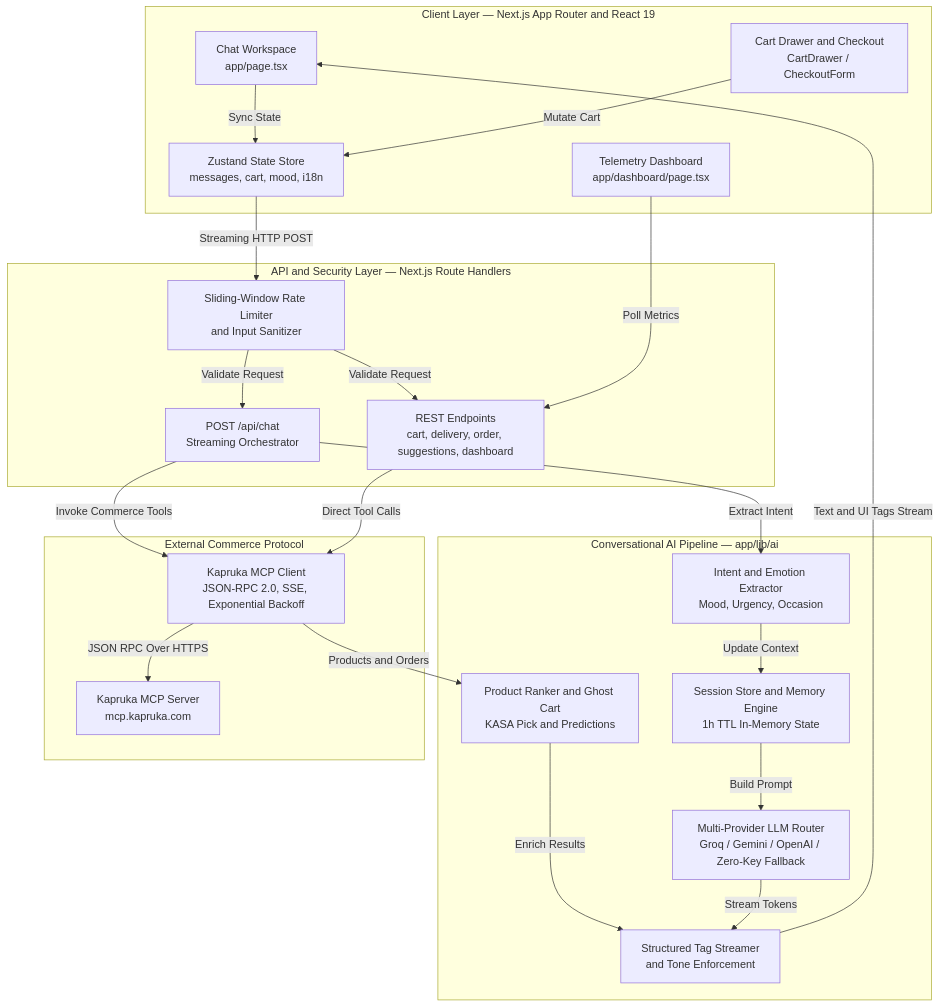
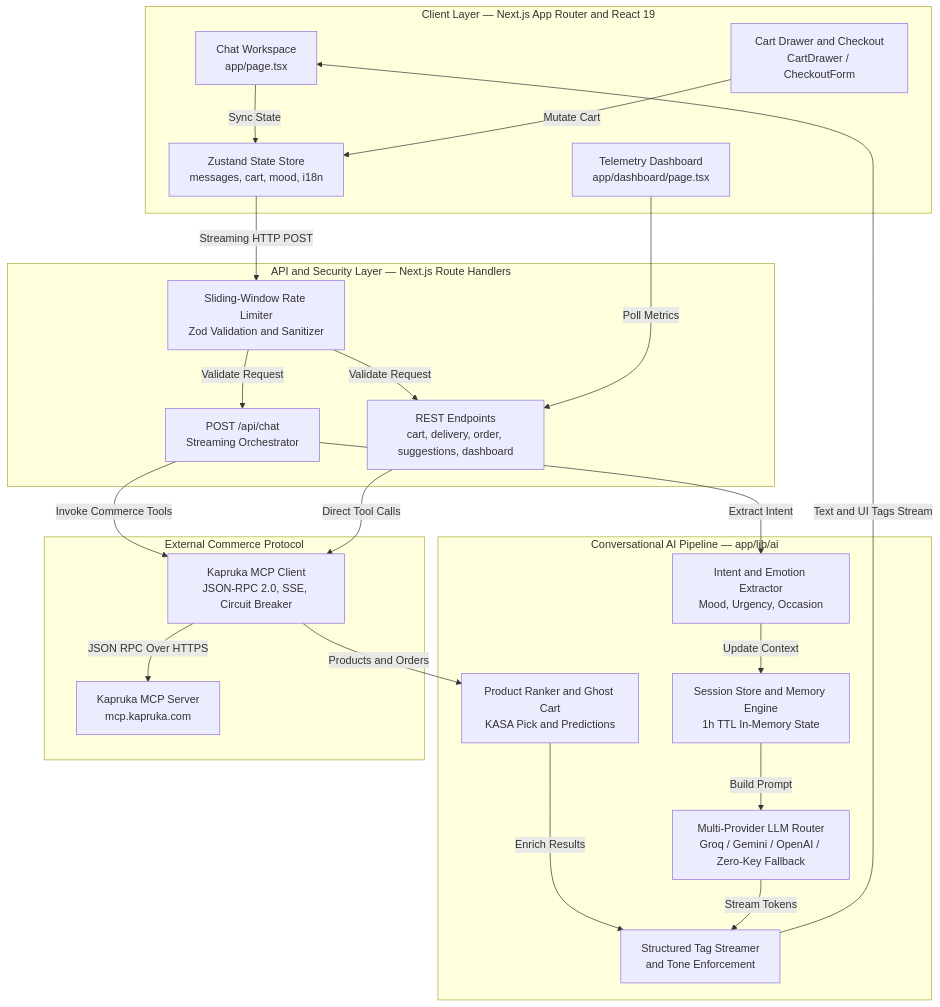
The first of 2 diagrams in README.md (theekshana-sudeepa/kasa), drawn with Mermaid before and after one commit. The commit also changed other lines of this file and 3 other files, not shown here.

Commit message:
docs(readme): add live demo badge, UI showcase screenshots, and MCP sequence diagram

````diff
--- a/README.md
+++ b/README.md
@@ -32,45 +60,45 @@
 ```mermaid
 flowchart TB
     subgraph Client["Client Layer — Next.js App Router and React 19"]
         ChatUI["Chat Workspace<br/>app/page.tsx"]
         CartUI["Cart Drawer and Checkout<br/>CartDrawer / CheckoutForm"]
         DashUI["Telemetry Dashboard<br/>app/dashboard/page.tsx"]
         Store["Zustand State Store<br/>messages, cart, mood, i18n"]
         ChatUI -->|Sync State| Store
         CartUI -->|Mutate Cart| Store
     end
 
     subgraph Server["API and Security Layer — Next.js Route Handlers"]
-        RateLimit["Sliding-Window Rate Limiter<br/>and Input Sanitizer"]
+        RateLimit["Sliding-Window Rate Limiter<br/>Zod Validation and Sanitizer"]
         ChatAPI["POST /api/chat<br/>Streaming Orchestrator"]
         RestAPIs["REST Endpoints<br/>cart, delivery, order, suggestions, dashboard"]
         RateLimit -->|Validate Request| ChatAPI
         RateLimit -->|Validate Request| RestAPIs
     end
 
     subgraph Engine["Conversational AI Pipeline — app/lib/ai"]
         Intent["Intent and Emotion Extractor<br/>Mood, Urgency, Occasion"]
         Memory["Session Store and Memory Engine<br/>1h TTL In-Memory State"]
         Ranker["Product Ranker and Ghost Cart<br/>KASA Pick and Predictions"]
         LLM["Multi-Provider LLM Router<br/>Groq / Gemini / OpenAI / Zero-Key Fallback"]
         Parser["Structured Tag Streamer<br/>and Tone Enforcement"]
         Intent -->|Update Context| Memory
         Memory -->|Build Prompt| LLM
         Ranker -->|Enrich Results| Parser
         LLM -->|Stream Tokens| Parser
     end
 
     subgraph External["External Commerce Protocol"]
-        MCPClient["Kapruka MCP Client<br/>JSON-RPC 2.0, SSE, Exponential Backoff"]
+        MCPClient["Kapruka MCP Client<br/>JSON-RPC 2.0, SSE, Circuit Breaker"]
         KaprukaMCP["Kapruka MCP Server<br/>mcp.kapruka.com"]
         MCPClient -->|JSON RPC Over HTTPS| KaprukaMCP
     end
 
     Store -->|Streaming HTTP POST| RateLimit
     DashUI -->|Poll Metrics| RestAPIs
     ChatAPI -->|Extract Intent| Intent
     ChatAPI -->|Invoke Commerce Tools| MCPClient
     RestAPIs -->|Direct Tool Calls| MCPClient
     MCPClient -->|Products and Orders| Ranker
     Parser -->|Text and UI Tags Stream| ChatUI
 ```
````
